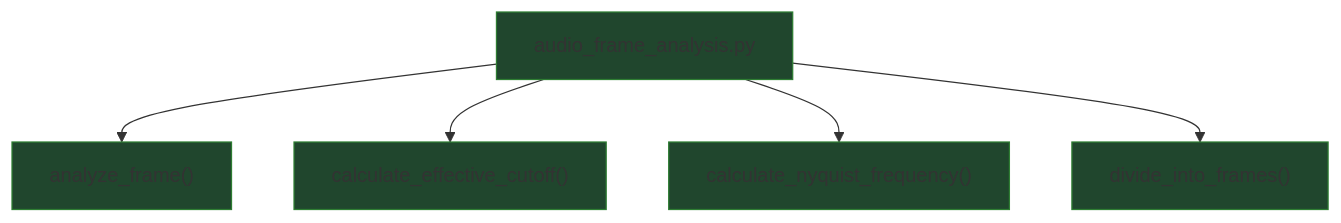
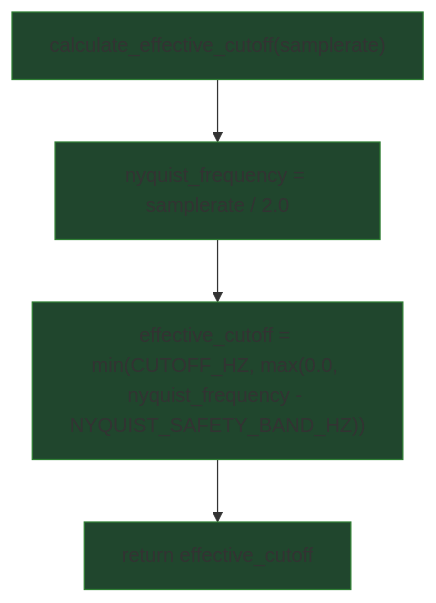
One commit to Mandache-Eduard/audio-analyzer changed the second of 3 diagrams in docs/audio_frame_analysis.md. Above: the diagram before and after it, drawn with Mermaid. The commit also changed other lines of this file and 6 other files, not shown here.

````diff
--- a/docs/audio_frame_analysis.md
+++ b/docs/audio_frame_analysis.md
@@ -113,15 +130,11 @@
 ```mermaid
-flowchart TD
+    flowchart TD
     classDef ok fill:#20462d,stroke:#2e7d32;
-    classDef err fill:#a1362a,stroke:#c62828;
 
-    M["audio_frame_analysis.py"]:::ok
-    F_analyze_frame["analyze_frame()"]:::ok
-    M --> F_analyze_frame
-    F_calculate_effective_cutoff["calculate_effective_cutoff()"]:::ok
-    M --> F_calculate_effective_cutoff
-    F_calculate_nyquist_frequency["calculate_nyquist_frequency()"]:::ok
-    M --> F_calculate_nyquist_frequency
-    F_divide_into_frames["divide_into_frames()"]:::ok
-    M --> F_divide_into_frames
+    F_cut["calculate_effective_cutoff(samplerate)"]:::ok
+    S_nyq["nyquist_frequency = samplerate / 2.0"]:::ok
+    S_eff["effective_cutoff = min(CUTOFF_HZ, max(0.0, nyquist_frequency - NYQUIST_SAFETY_BAND_HZ))"]:::ok
+    R_ret["return effective_cutoff"]:::ok
+
+    F_cut --> S_nyq --> S_eff --> R_ret
 ```
````
